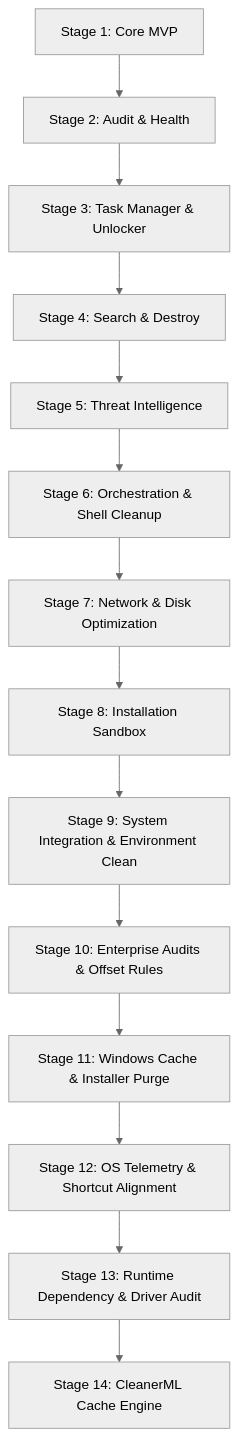
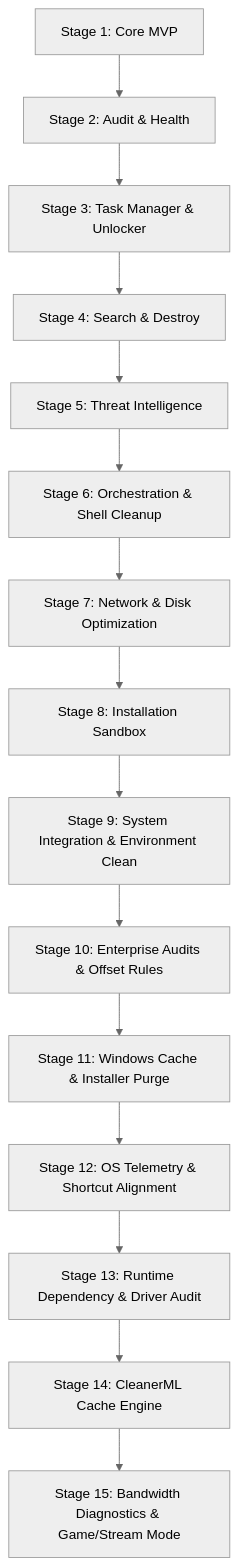
The diagram in docs/roadmap.md (QuantumMonkey/Vanish), drawn with Mermaid (neutral theme) before and after one commit. The commit also changed other lines of this file and 2 other files, not shown here.

````diff
--- a/docs/roadmap.md
+++ b/docs/roadmap.md
@@ -9,16 +9,17 @@
 ```mermaid
 graph TD
     P1[Stage 1: Core MVP] --> P2[Stage 2: Audit & Health]
     P2 --> P3[Stage 3: Task Manager & Unlocker]
     P3 --> P4[Stage 4: Search & Destroy]
     P4 --> P5[Stage 5: Threat Intelligence]
     P5 --> P6[Stage 6: Orchestration & Shell Cleanup]
     P6 --> P7[Stage 7: Network & Disk Optimization]
     P7 --> P8[Stage 8: Installation Sandbox]
     P8 --> P9[Stage 9: System Integration & Environment Clean]
     P9 --> P10[Stage 10: Enterprise Audits & Offset Rules]
     P10 --> P11[Stage 11: Windows Cache & Installer Purge]
     P11 --> P12[Stage 12: OS Telemetry & Shortcut Alignment]
     P12 --> P13[Stage 13: Runtime Dependency & Driver Audit]
     P13 --> P14[Stage 14: CleanerML Cache Engine]
+    P14 --> P15[Stage 15: Bandwidth Diagnostics & Game/Stream Mode]
 ```
````
